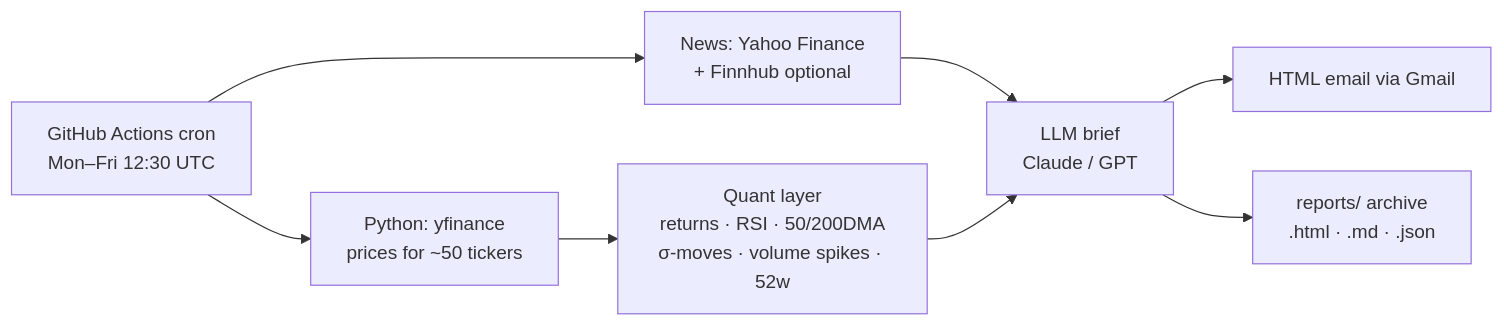
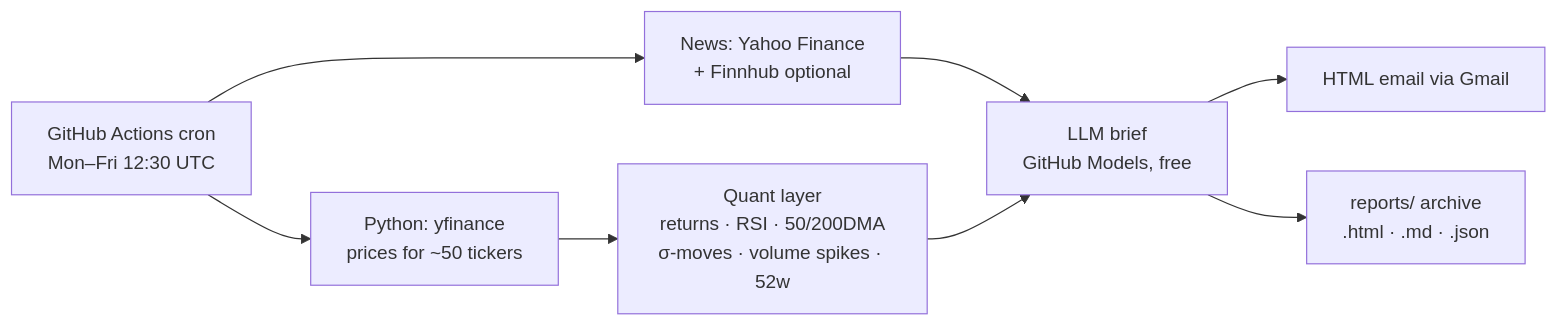
One commit to leiyadi87-cpu/us-equity-daily-brief changed the diagram in README.md. Above: the diagram before and after it, drawn with Mermaid. The commit also changed other lines of this file and 5 other files, not shown here.

Commit message:
Use free GitHub Models for AI summary; skip email gracefully when not configured

````diff
--- a/README.md
+++ b/README.md
@@ -5,10 +5,10 @@
 ```mermaid
 flowchart LR
     A[GitHub Actions cron<br/>Mon–Fri 12:30 UTC] --> B[Python: yfinance<br/>prices for ~50 tickers]
     A --> C[News: Yahoo Finance<br/>+ Finnhub optional]
     B --> D[Quant layer<br/>returns · RSI · 50/200DMA<br/>σ-moves · volume spikes · 52w]
-    C --> E[LLM brief<br/>Claude / GPT]
+    C --> E[LLM brief<br/>GitHub Models, free]
     D --> E
     E --> F[HTML email via Gmail]
     E --> G[reports/ archive<br/>.html · .md · .json]
 ```
````
